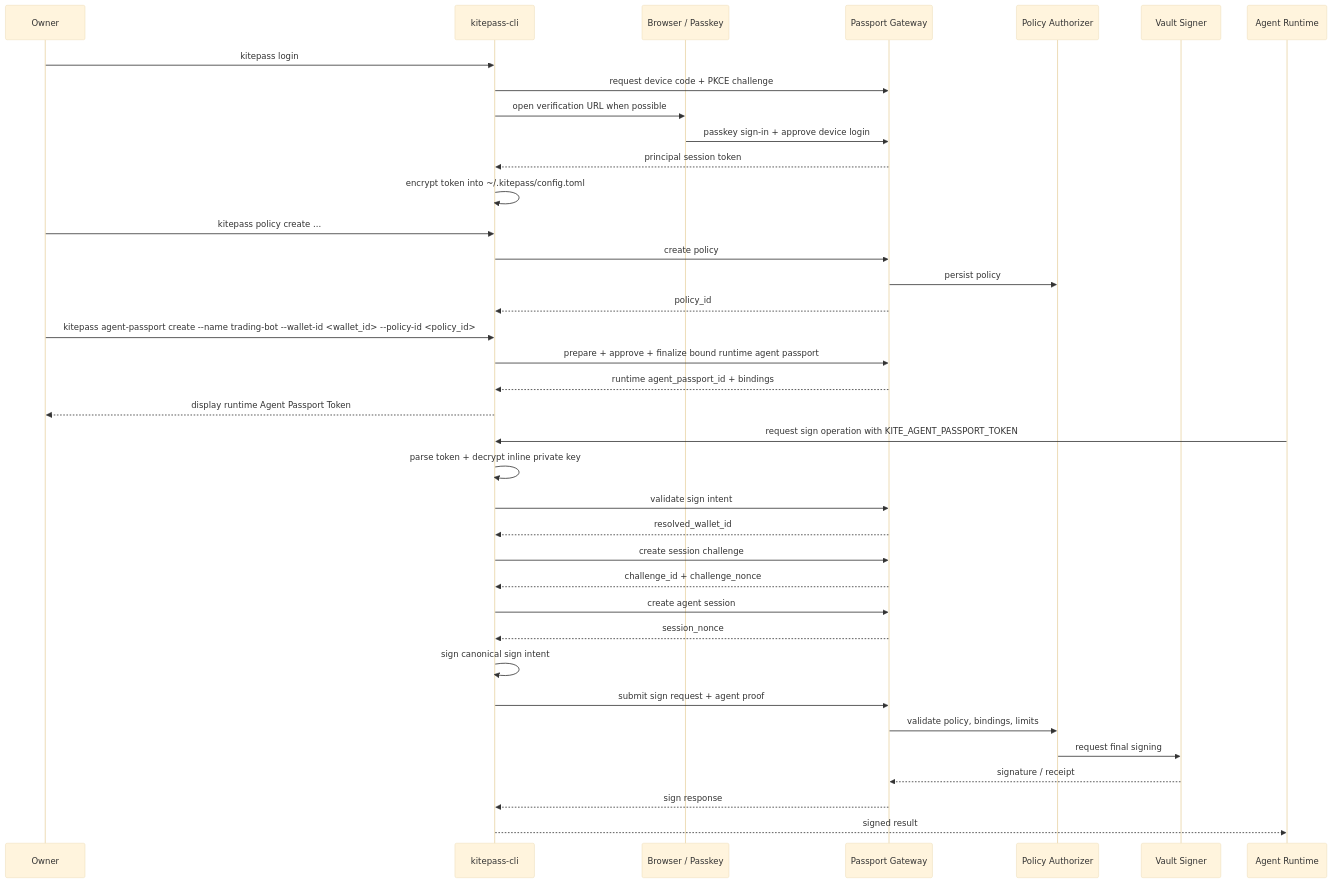
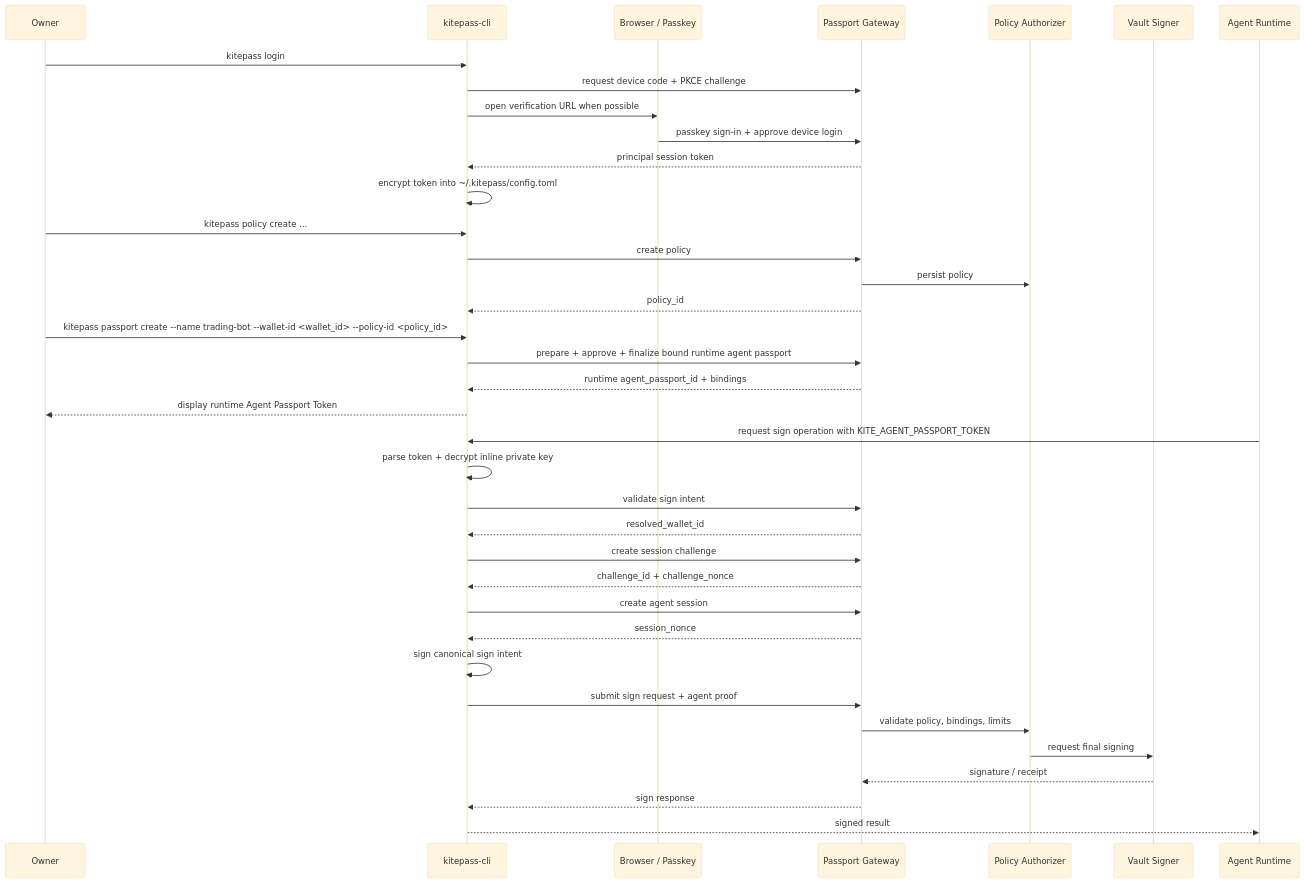
One commit to zfdang/agent-passport-cli changed the diagram in docs/principal-auth-and-agent-passport-flow.md. Above: the diagram before and after it, drawn with Mermaid (base theme). The commit also changed other lines of this file and 9 other files, not shown here.

First line of the commit message:
refactor: simplify CLI naming — agent-passport→passport, --agent-passport-id→--passport-id

````diff
--- a/docs/principal-auth-and-agent-passport-flow.md
+++ b/docs/principal-auth-and-agent-passport-flow.md
@@ -31,43 +31,43 @@
 ```mermaid
 sequenceDiagram
     participant Owner as Owner
     participant CLI as kitepass-cli
     participant Browser as Browser / Passkey
     participant Gateway as Passport Gateway
     participant Authz as Policy Authorizer
     participant Vault as Vault Signer
     participant Agent as Agent Runtime
 
     Owner->>CLI: kitepass login
     CLI->>Gateway: request device code + PKCE challenge
     CLI->>Browser: open verification URL when possible
     Browser->>Gateway: passkey sign-in + approve device login
     Gateway-->>CLI: principal session token
     CLI->>CLI: encrypt token into ~/.kitepass/config.toml
 
     Owner->>CLI: kitepass policy create ...
     CLI->>Gateway: create policy
     Gateway->>Authz: persist policy
     Gateway-->>CLI: policy_id
 
-    Owner->>CLI: kitepass agent-passport create --name trading-bot --wallet-id <wallet_id> --policy-id <policy_id>
+    Owner->>CLI: kitepass passport create --name trading-bot --wallet-id <wallet_id> --policy-id <policy_id>
     CLI->>Gateway: prepare + approve + finalize bound runtime agent passport
     Gateway-->>CLI: runtime agent_passport_id + bindings
     CLI-->>Owner: display runtime Agent Passport Token
 
     Agent->>CLI: request sign operation with KITE_AGENT_PASSPORT_TOKEN
     CLI->>CLI: parse token + decrypt inline private key
     CLI->>Gateway: validate sign intent
     Gateway-->>CLI: resolved_wallet_id
     CLI->>Gateway: create session challenge
     Gateway-->>CLI: challenge_id + challenge_nonce
     CLI->>Gateway: create agent session
     Gateway-->>CLI: session_nonce
     CLI->>CLI: sign canonical sign intent
     CLI->>Gateway: submit sign request + agent proof
     Gateway->>Authz: validate policy, bindings, limits
     Authz->>Vault: request final signing
     Vault-->>Gateway: signature / receipt
     Gateway-->>CLI: sign response
     CLI-->>Agent: signed result
 ```
````
